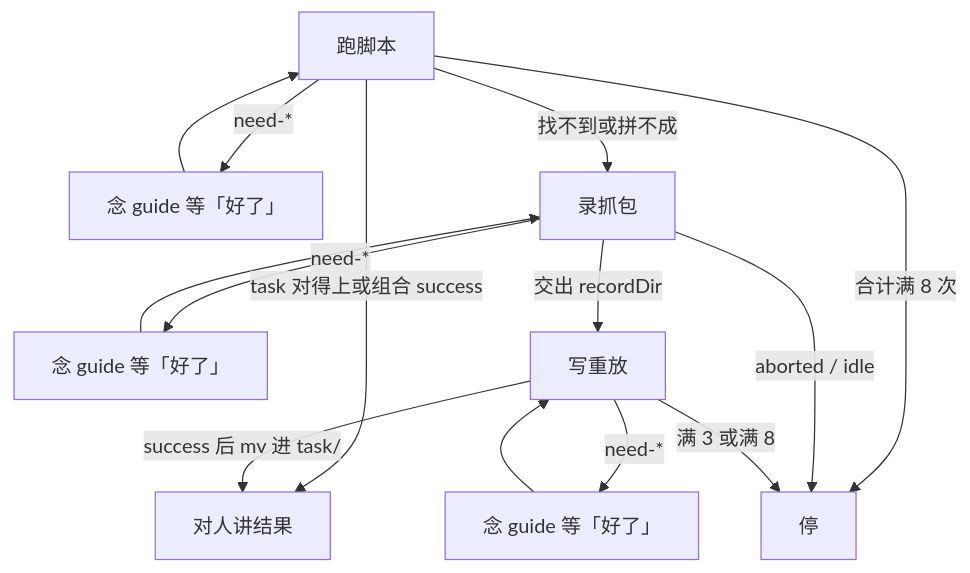
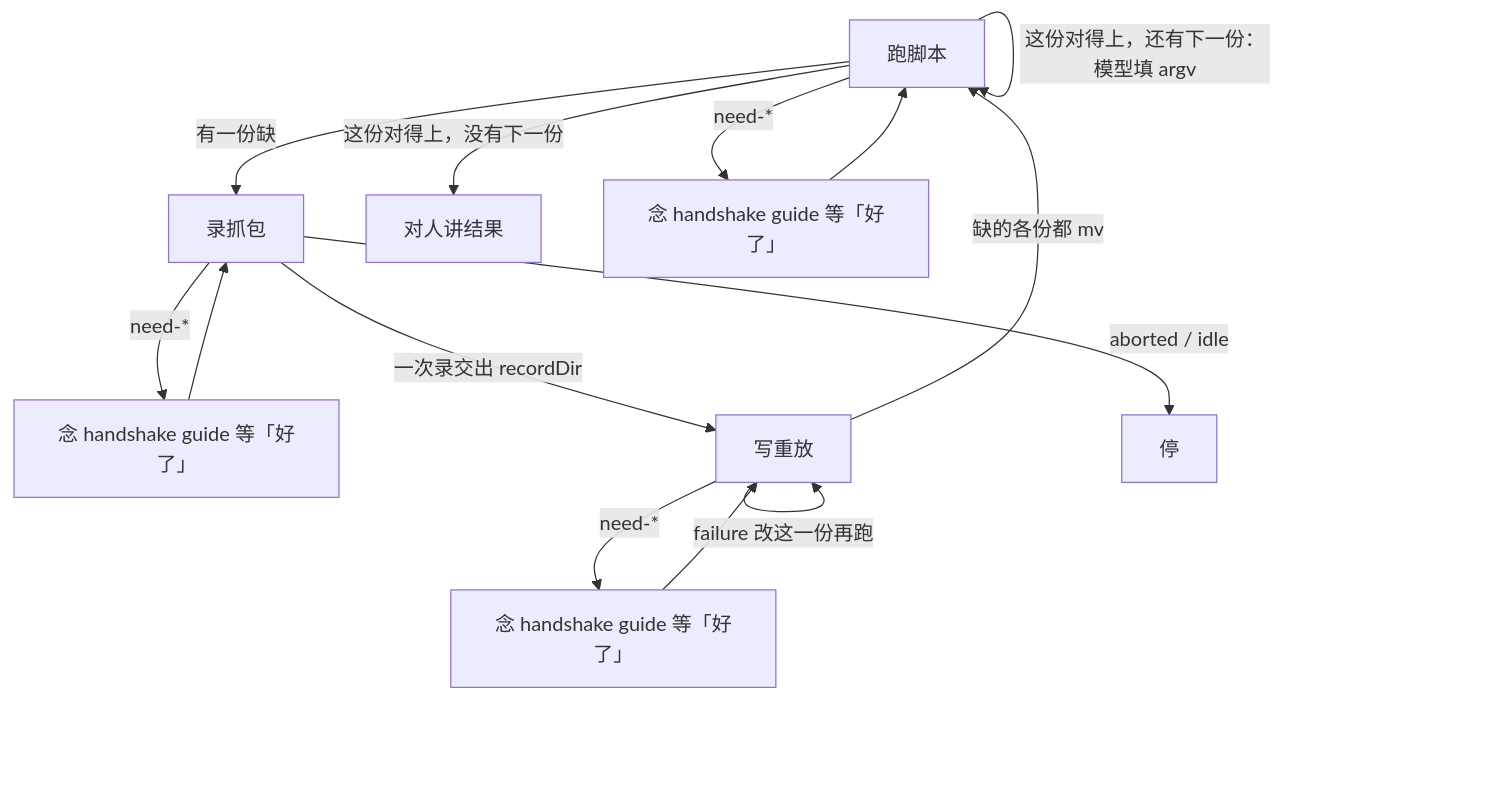
One commit to yanggggjie/yodo changed the diagram in skills/yodo/.temp-skill/workflow.md. Above: the diagram before and after it, drawn with Mermaid. The commit also changed 18 other files, not shown here.

````diff
--- a/skills/yodo/.temp-skill/workflow.md
+++ b/skills/yodo/.temp-skill/workflow.md
@@ -3,16 +3,16 @@
 ```mermaid
 flowchart TD
-  run[跑脚本] -->|task 对得上或组合 success| report[对人讲结果]
-  run -->|need-*| waitRun[念 guide 等「好了」]
+  run[跑脚本] -->|有一份缺| rec[录抓包]
+  rec -->|need-*| waitRec[念 handshake guide 等「好了」]
+  waitRec --> rec
+  rec -->|一次录交出 recordDir| replay[写重放]
+  rec -->|aborted / idle| stop[停]
+  replay -->|need-*| waitReplay[念 handshake guide 等「好了」]
+  waitReplay --> replay
+  replay -->|failure 改这一份再跑| replay
+  replay -->|缺的各份都 mv| run
+  run -->|这份对得上，还有下一份：模型填 argv| run
+  run -->|这份对得上，没有下一份| report[对人讲结果]
+  run -->|need-*| waitRun[念 handshake guide 等「好了」]
   waitRun --> run
-  run -->|找不到或拼不成| rec[录抓包]
-  run -->|合计满 8 次| stop[停]
-  rec -->|need-*| waitRec[念 guide 等「好了」]
-  waitRec --> rec
-  rec -->|交出 recordDir| replay[写重放]
-  rec -->|aborted / idle| stop
-  replay -->|need-*| waitReplay[念 guide 等「好了」]
-  waitReplay --> replay
-  replay -->|success 后 mv 进 task/| report
-  replay -->|满 3 或满 8| stop
 ```
````
